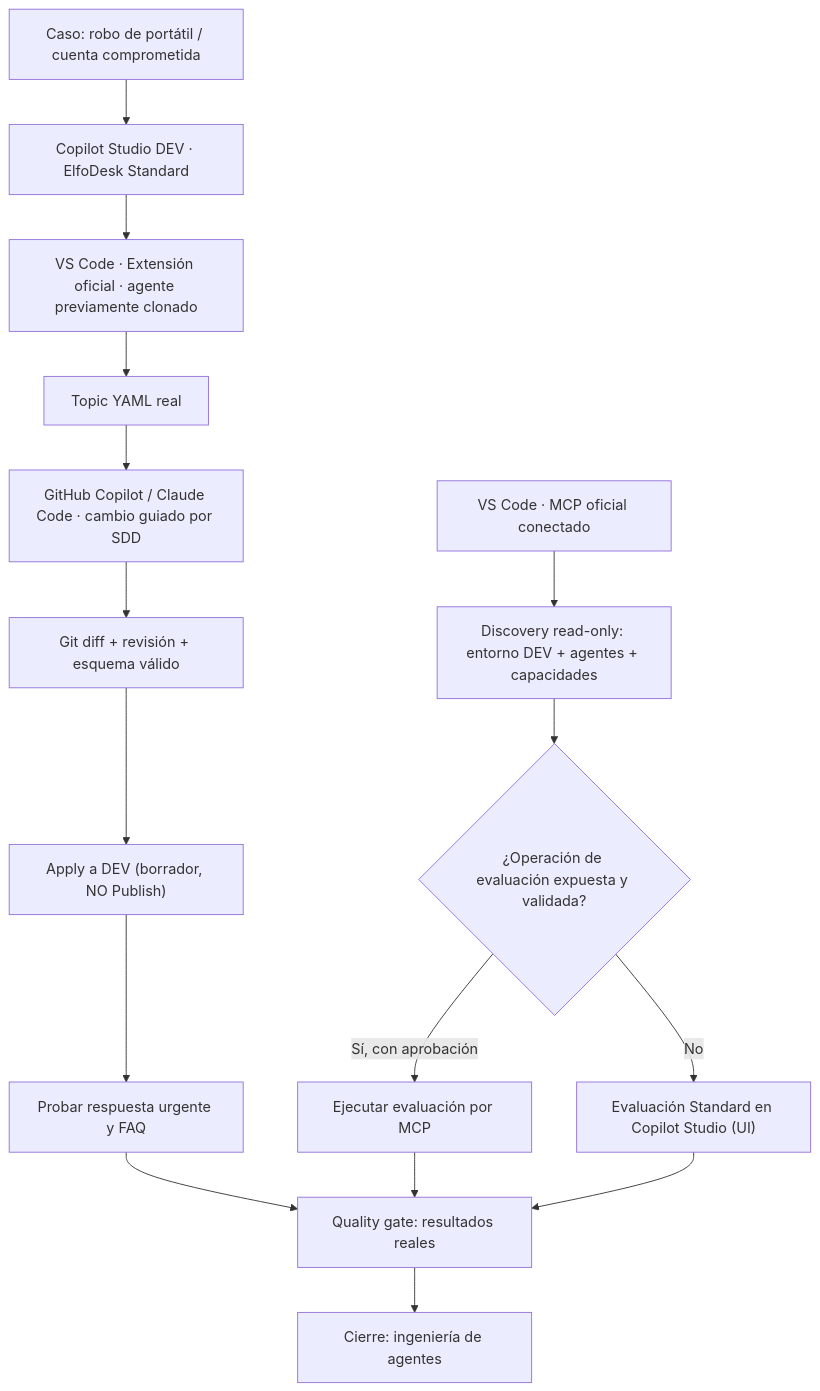
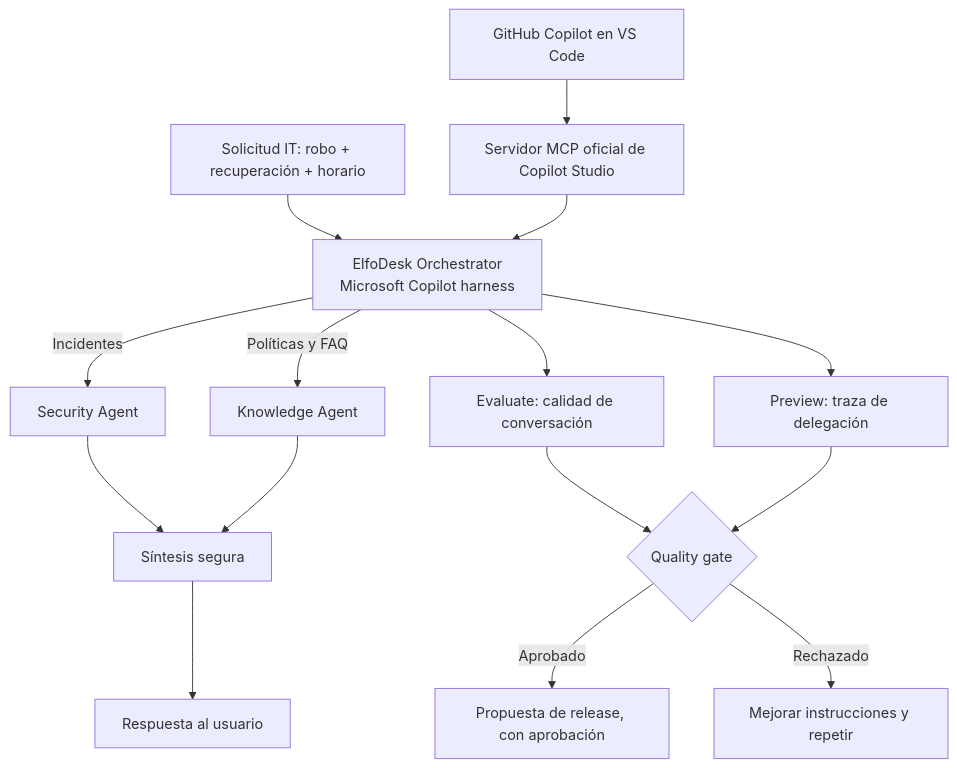
The diagram in docs/03-arquitectura.md (davidop/copilot-studio-agent-engineering-demo), drawn with Mermaid before and after one commit. The commit also changed other lines of this file and 9 other files, not shown here.

Commit message:
docs: make multi-agent Copilot harness the primary 20-minute live demo

````diff
--- a/docs/03-arquitectura.md
+++ b/docs/03-arquitectura.md
@@ -5,18 +3,17 @@
 ```mermaid
 flowchart TD
-    U["Caso: robo de portátil / cuenta comprometida"] --> CS["Copilot Studio DEV · ElfoDesk Standard"]
-    CS --> EXT["VS Code · Extensión oficial · agente previamente clonado"]
-    EXT --> YAML["Topic YAML real"]
-    YAML --> AI["GitHub Copilot / Claude Code · cambio guiado por SDD"]
-    AI --> GIT["Git diff + revisión + esquema válido"]
-    GIT --> APPLY["Apply a DEV (borrador, NO Publish)"]
-    APPLY --> PROBAR["Probar respuesta urgente y FAQ"]
-    IDE["VS Code · MCP oficial conectado"] --> DISC["Discovery read-only: entorno DEV + agentes + capacidades"]
-    DISC --> EVAL{"¿Operación de evaluación expuesta y validada?"}
-    EVAL -->|Sí, con aprobación| MCPTEST["Ejecutar evaluación por MCP"]
-    EVAL -->|No| UITEST["Evaluación Standard en Copilot Studio (UI)"]
-    PROBAR --> GATE["Quality gate: resultados reales"]
-    MCPTEST --> GATE
-    UITEST --> GATE
-    GATE --> CIERRE["Cierre: ingeniería de agentes"]
+ U["Solicitud IT: robo + recuperación + horario"] --> O["ElfoDesk Orchestrator<br/>Microsoft Copilot harness"]
+ O -->|Incidentes| S["Security Agent"]
+ O -->|Políticas y FAQ| K["Knowledge Agent"]
+ S --> R["Síntesis segura"]
+ K --> R
+ R --> Q["Respuesta al usuario"]
+ IDE["GitHub Copilot en VS Code"] --> MCP["Servidor MCP oficial de Copilot Studio"]
+ MCP --> O
+ O --> EV["Evaluate: calidad de conversación"]
+ O --> TRACE["Preview: traza de delegación"]
+ EV --> G{"Quality gate"}
+ TRACE --> G
+ G -->|Aprobado| RELEASE["Propuesta de release, con aprobación"]
+ G -->|Rechazado| ITERATE["Mejorar instrucciones y repetir"]
 ```
````
